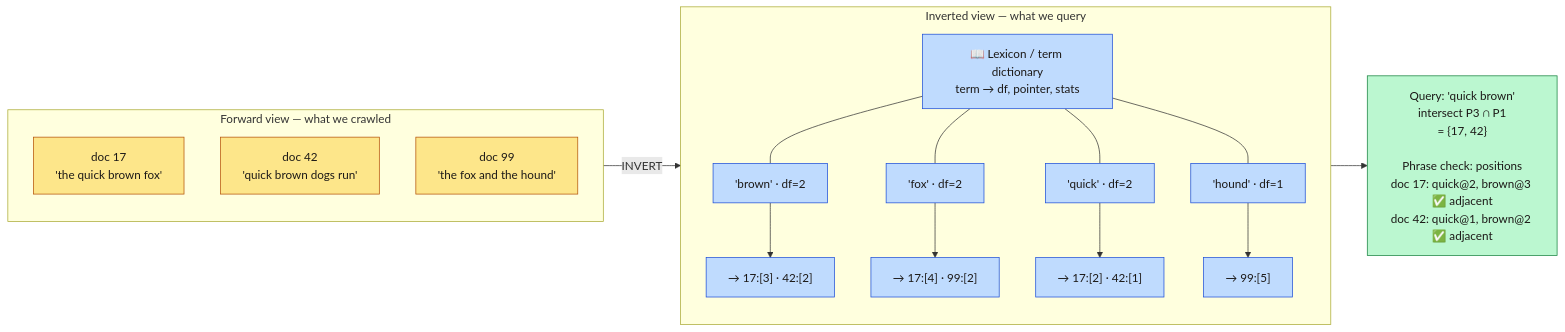
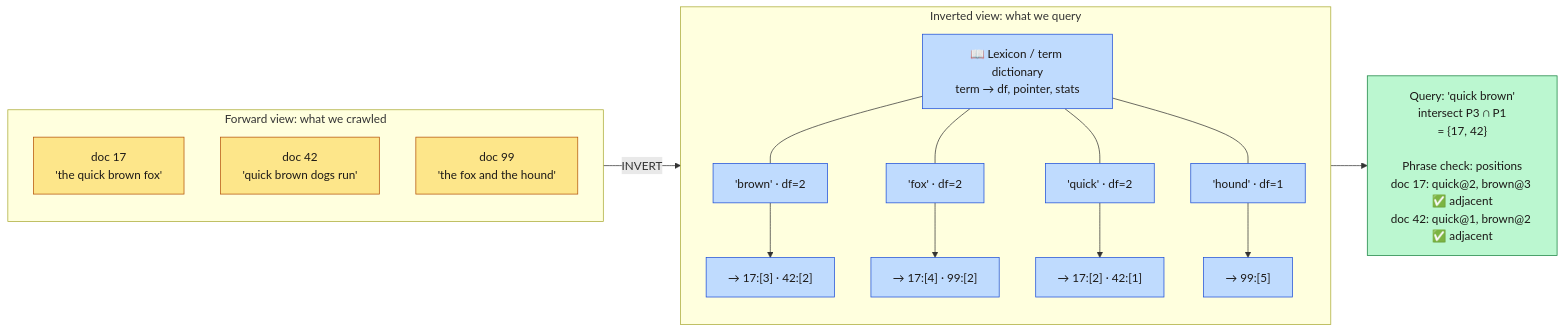
One commit to ahmedselimmansor-ctrl/google-search-system-design changed the first of 7 diagrams in docs/en/06-indexing.md. Above: the diagram before and after it, drawn with Mermaid. The commit also changed other lines of this file and 89 other files, not shown here.

````diff
--- a/docs/en/06-indexing.md
+++ b/docs/en/06-indexing.md
@@ -19,34 +19,34 @@
 ```mermaid
 flowchart LR
-    subgraph FWD["Forward view — what we crawled"]
+    subgraph FWD["Forward view: what we crawled"]
         D1["doc 17<br/>'the quick brown fox'"]
         D2["doc 42<br/>'quick brown dogs run'"]
         D3["doc 99<br/>'the fox and the hound'"]
     end
 
     FWD -->|"INVERT"| INV
 
-    subgraph INV["Inverted view — what we query"]
+    subgraph INV["Inverted view: what we query"]
         direction TB
         L["📖 Lexicon / term dictionary<br/>term → df, pointer, stats"]
 
         T1["'brown' · df=2"] --> P1["→ 17:[3] · 42:[2]"]
         T2["'fox' · df=2"] --> P2["→ 17:[4] · 99:[2]"]
         T3["'quick' · df=2"] --> P3["→ 17:[2] · 42:[1]"]
         T4["'hound' · df=1"] --> P4["→ 99:[5]"]
 
         L --- T1
         L --- T2
         L --- T3
         L --- T4
     end
 
     INV --> Q["Query: 'quick brown'<br/>intersect P3 ∩ P1<br/>= {17, 42}<br/><br/>Phrase check: positions<br/>doc 17: quick@2, brown@3 ✅ adjacent<br/>doc 42: quick@1, brown@2 ✅ adjacent"]
 
     classDef fwd fill:#fde68a,stroke:#b45309,color:#1c1917
     classDef inv fill:#bfdbfe,stroke:#1d4ed8,color:#1c1917
     classDef res fill:#bbf7d0,stroke:#15803d,color:#1c1917
     class D1,D2,D3 fwd
     class T1,T2,T3,T4,P1,P2,P3,P4,L inv
     class Q res
 ```
````
